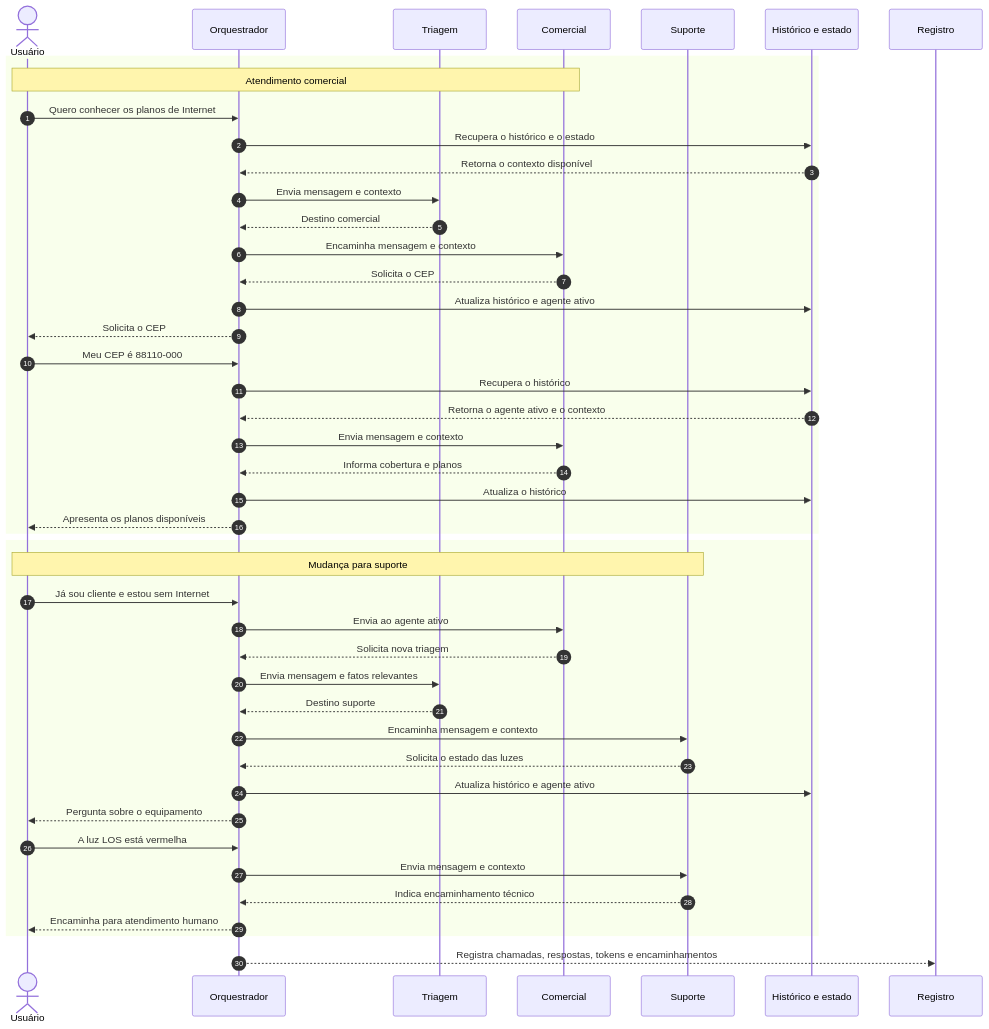
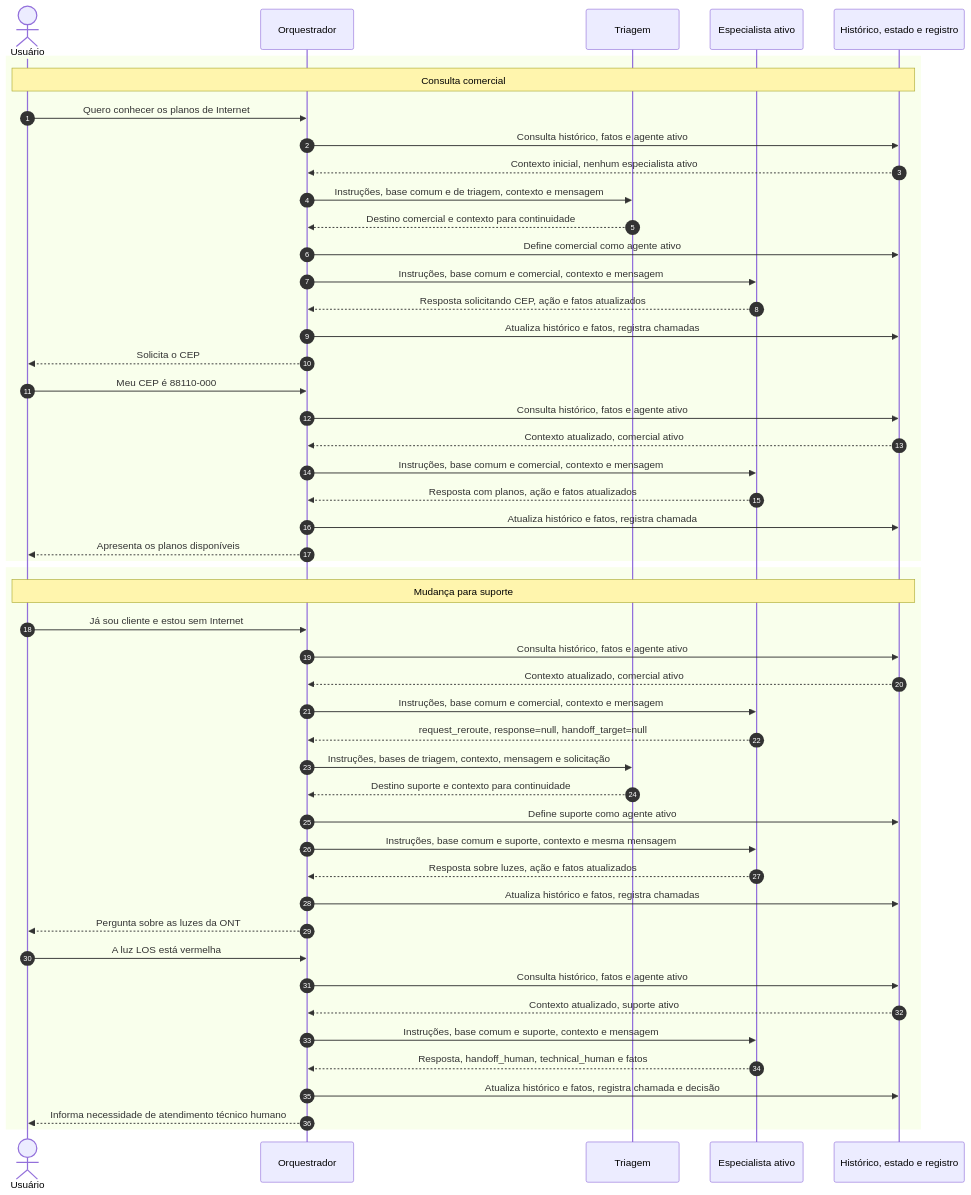
Before and after one commit to wagnerfloresdossantos/engtelecom-ifsc-sj: the diagram in tcc-2026.2/prototipos/diagramas/fontes/arquitetura-multiagente.md, drawn with Mermaid. The commit also changed 8 other files, not shown here.

````diff
--- a/tcc-2026.2/prototipos/diagramas/fontes/arquitetura-multiagente.md
+++ b/tcc-2026.2/prototipos/diagramas/fontes/arquitetura-multiagente.md
@@ -1,53 +1,56 @@
 ```mermaid
 sequenceDiagram
     autonumber
 
     actor U as Usuário
     participant O as Orquestrador
     participant T as Triagem
-    participant C as Comercial
-    participant S as Suporte
-    participant H as Histórico e estado
-    participant R as Registro
+    participant E as Especialista ativo
+    participant H as Histórico, estado e registro
 
     rect
-        Note over U,C: Atendimento comercial
+        Note over U,H: Consulta comercial
         U->>O: Quero conhecer os planos de Internet
-        O->>H: Recupera o histórico e o estado
-        H-->>O: Retorna o contexto disponível
-        O->>T: Envia mensagem e contexto
-        T-->>O: Destino comercial
-        O->>C: Encaminha mensagem e contexto
-        C-->>O: Solicita o CEP
-        O->>H: Atualiza histórico e agente ativo
+        O->>H: Consulta histórico, fatos e agente ativo
+        H-->>O: Contexto inicial, nenhum especialista ativo
+        O->>T: Instruções, base comum e de triagem, contexto e mensagem
+        T-->>O: Destino comercial e contexto para continuidade
+        O->>H: Define comercial como agente ativo
+        O->>E: Instruções, base comum e comercial, contexto e mensagem
+        E-->>O: Resposta solicitando CEP, ação e fatos atualizados
+        O->>H: Atualiza histórico e fatos, registra chamadas
         O-->>U: Solicita o CEP
 
         U->>O: Meu CEP é 88110-000
-        O->>H: Recupera o histórico
-        H-->>O: Retorna o agente ativo e o contexto
-        O->>C: Envia mensagem e contexto
-        C-->>O: Informa cobertura e planos
-        O->>H: Atualiza o histórico
+        O->>H: Consulta histórico, fatos e agente ativo
+        H-->>O: Contexto atualizado, comercial ativo
+        O->>E: Instruções, base comum e comercial, contexto e mensagem
+        E-->>O: Resposta com planos, ação e fatos atualizados
+        O->>H: Atualiza histórico e fatos, registra chamada
         O-->>U: Apresenta os planos disponíveis
     end
 
     rect
-        Note over U,S: Mudança para suporte
+        Note over U,H: Mudança para suporte
         U->>O: Já sou cliente e estou sem Internet
-        O->>C: Envia ao agente ativo
-        C-->>O: Solicita nova triagem
-        O->>T: Envia mensagem e fatos relevantes
-        T-->>O: Destino suporte
-        O->>S: Encaminha mensagem e contexto
-        S-->>O: Solicita o estado das luzes
-        O->>H: Atualiza histórico e agente ativo
-        O-->>U: Pergunta sobre o equipamento
+        O->>H: Consulta histórico, fatos e agente ativo
+        H-->>O: Contexto atualizado, comercial ativo
+        O->>E: Instruções, base comum e comercial, contexto e mensagem
+        E-->>O: request_reroute, response=null, handoff_target=null
+        O->>T: Instruções, bases de triagem, contexto, mensagem e solicitação
+        T-->>O: Destino suporte e contexto para continuidade
+        O->>H: Define suporte como agente ativo
+        O->>E: Instruções, base comum e suporte, contexto e mesma mensagem
+        E-->>O: Resposta sobre luzes, ação e fatos atualizados
+        O->>H: Atualiza histórico e fatos, registra chamadas
+        O-->>U: Pergunta sobre as luzes da ONT
 
         U->>O: A luz LOS está vermelha
-        O->>S: Envia mensagem e contexto
-        S-->>O: Indica encaminhamento técnico
-        O-->>U: Encaminha para atendimento humano
+        O->>H: Consulta histórico, fatos e agente ativo
+        H-->>O: Contexto atualizado, suporte ativo
+        O->>E: Instruções, base comum e suporte, contexto e mensagem
+        E-->>O: Resposta, handoff_human, technical_human e fatos
+        O->>H: Atualiza histórico e fatos, registra chamada e decisão
+        O-->>U: Informa necessidade de atendimento técnico humano
     end
-
-    O-->>R: Registra chamadas, respostas, tokens e encaminhamentos
-```  
+```
````
